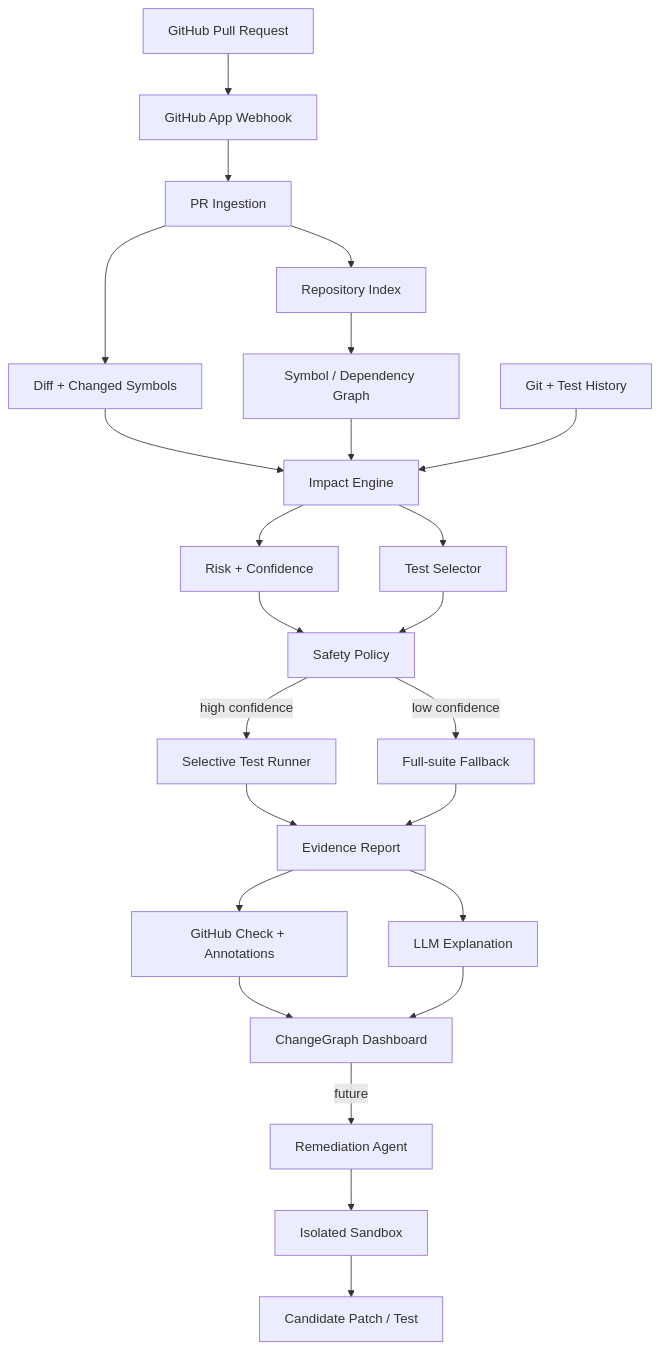
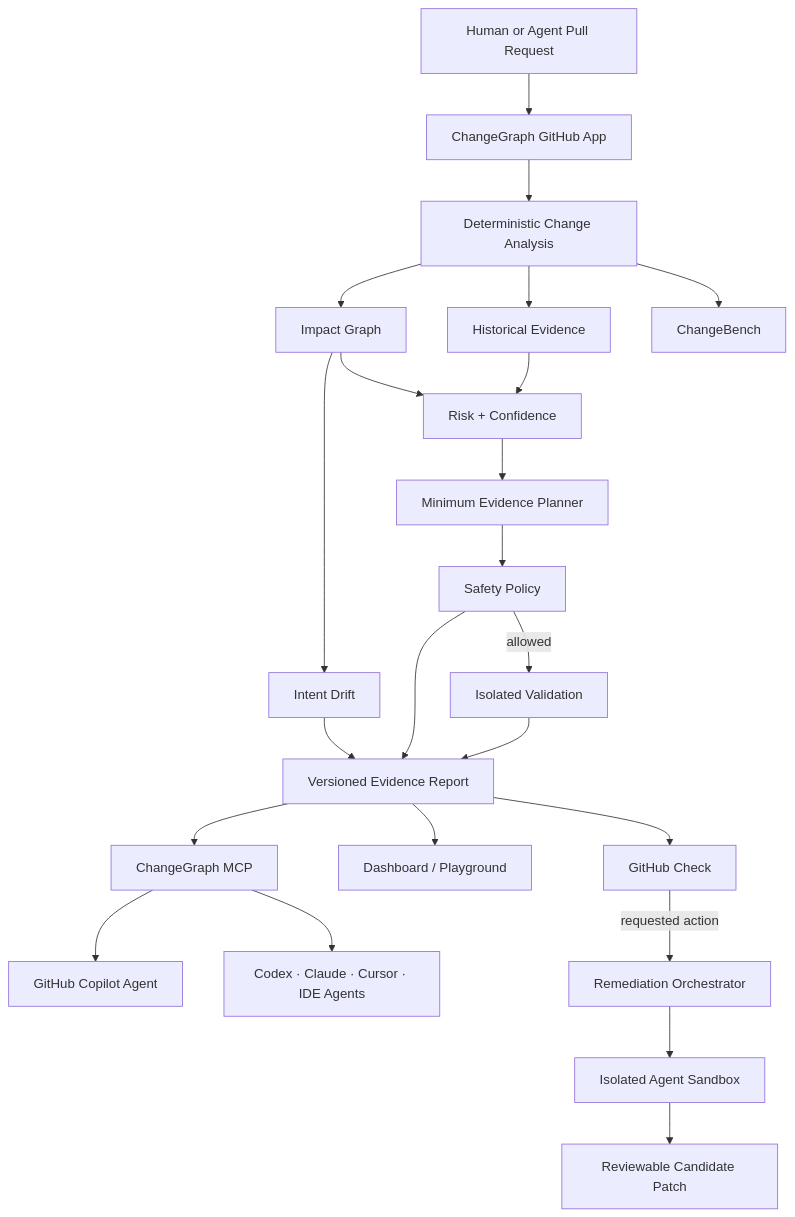
Before and after one commit to RealBhupesh/changegraph: the diagram in README.md, drawn with Mermaid. The commit also changed other lines of this file, not shown here.

Commit message:
docs: position ChangeGraph as GitHub-native change intelligence platform

````diff
--- a/README.md
+++ b/README.md
@@ -62,26 +117,25 @@
 ```mermaid
 flowchart TD
-    GH[GitHub Pull Request] --> WH[GitHub App Webhook]
-    WH --> ING[PR Ingestion]
-    ING --> DIFF[Diff + Changed Symbols]
-    ING --> IDX[Repository Index]
-    IDX --> GRAPH[Symbol / Dependency Graph]
-    DIFF --> IMPACT[Impact Engine]
-    GRAPH --> IMPACT
-    HIST[Git + Test History] --> IMPACT
-    IMPACT --> RISK[Risk + Confidence]
-    IMPACT --> SELECT[Test Selector]
-    RISK --> POLICY[Safety Policy]
-    SELECT --> POLICY
-    POLICY -->|high confidence| RUN[Selective Test Runner]
-    POLICY -->|low confidence| FULL[Full-suite Fallback]
-    RUN --> REPORT[Evidence Report]
-    FULL --> REPORT
-    REPORT --> CHECK[GitHub Check + Annotations]
-    REPORT --> EXPLAIN[LLM Explanation]
-    CHECK --> UI[ChangeGraph Dashboard]
-    EXPLAIN --> UI
-    UI -->|future| AGENT[Remediation Agent]
-    AGENT --> SBX[Isolated Sandbox]
-    SBX --> PATCH[Candidate Patch / Test]
+    PR[Human or Agent Pull Request] --> APP[ChangeGraph GitHub App]
+    APP --> CORE[Deterministic Change Analysis]
+    CORE --> GRAPH[Impact Graph]
+    CORE --> HIST[Historical Evidence]
+    GRAPH --> RISK[Risk + Confidence]
+    HIST --> RISK
+    GRAPH --> DRIFT[Intent Drift]
+    RISK --> EVIDENCE[Minimum Evidence Planner]
+    DRIFT --> REPORT[Versioned Evidence Report]
+    EVIDENCE --> POLICY[Safety Policy]
+    POLICY --> REPORT
+    POLICY -->|allowed| TESTS[Isolated Validation]
+    TESTS --> REPORT
+    REPORT --> CHECK[GitHub Check]
+    REPORT --> DASH[Dashboard / Playground]
+    REPORT --> MCP[ChangeGraph MCP]
+    MCP --> COPILOT[GitHub Copilot Agent]
+    MCP --> OTHER[Codex · Claude · Cursor · IDE Agents]
+    CHECK -->|requested action| REMED[Remediation Orchestrator]
+    REMED --> SBX[Isolated Agent Sandbox]
+    SBX --> PATCH[Reviewable Candidate Patch]
+    CORE --> BENCH[ChangeBench]
 ```
````
